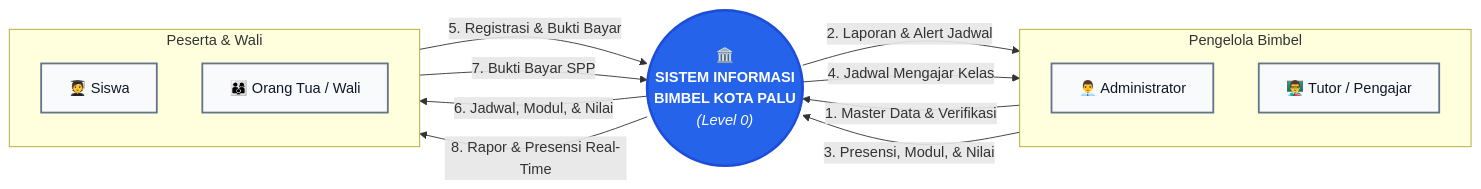
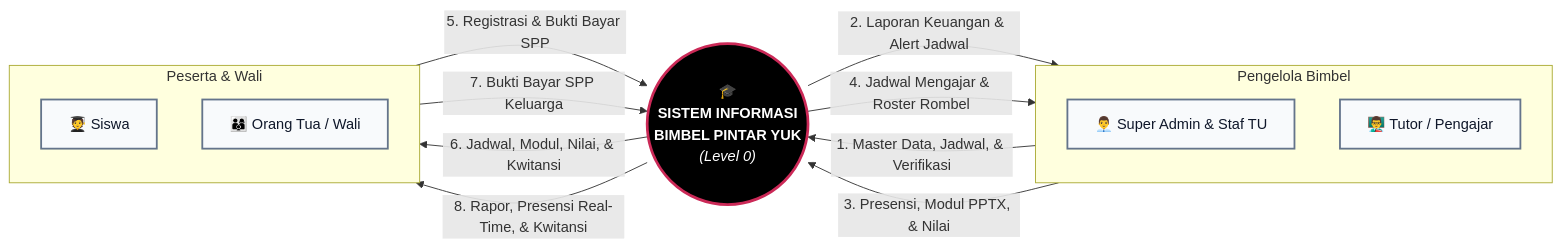
Before and after one commit to mohyusfi/bimbel-rpl: the first of 4 diagrams in PRD.md, drawn with Mermaid. The commit also changed other lines of this file and 4 other files, not shown here.

First line of the commit message:
docs(prd): sinkronisasi baseline v2.0 dan rebranding pintar yuk

````diff
--- a/PRD.md
+++ b/PRD.md
@@ -148,38 +187,38 @@
 ```mermaid
 flowchart LR
     %% Pengelola Bimbel di Kiri
     subgraph Pihak_Internal["Pengelola Bimbel"]
         direction TB
-        ADMIN["👨‍💼 Administrator"]
+        ADMIN["👨‍💼 Super Admin & Staf TU"]
         TUTOR["👨‍🏫 Tutor / Pengajar"]
     end
 
     %% Sistem di Tengah
-    SYSTEM(("🏛️<br/><b>SISTEM INFORMASI<br/>BIMBEL KOTA PALU</b><br/><i>(Level 0)</i>"))
+    SYSTEM(("🎓<br/><b>SISTEM INFORMASI<br/>BIMBEL PINTAR YUK</b><br/><i>(Level 0)</i>"))
 
     %% Pengguna di Kanan
     subgraph Pihak_Eksternal["Peserta & Wali"]
         direction TB
         STUDENT["🧑‍🎓 Siswa"]
         PARENT["👨‍👩‍👦 Orang Tua / Wali"]
     end
 
-    %% Aliran
-    ADMIN -->|"1. Master Data & Verifikasi"| SYSTEM
-    SYSTEM -->|"2. Laporan & Alert Jadwal"| ADMIN
+    %% Aliran Data
+    ADMIN -->|"1. Master Data, Jadwal, & Verifikasi"| SYSTEM
+    SYSTEM -->|"2. Laporan Keuangan & Alert Jadwal"| ADMIN
 
-    TUTOR -->|"3. Presensi, Modul, & Nilai"| SYSTEM
-    SYSTEM -->|"4. Jadwal Mengajar Kelas"| TUTOR
+    TUTOR -->|"3. Presensi, Modul PPTX, & Nilai"| SYSTEM
+    SYSTEM -->|"4. Jadwal Mengajar & Roster Rombel"| TUTOR
 
-    STUDENT -->|"5. Registrasi & Bukti Bayar"| SYSTEM
-    SYSTEM -->|"6. Jadwal, Modul, & Nilai"| STUDENT
+    STUDENT -->|"5. Registrasi & Bukti Bayar SPP"| SYSTEM
+    SYSTEM -->|"6. Jadwal, Modul, Nilai, & Kwitansi"| STUDENT
 
-    PARENT -->|"7. Bukti Bayar SPP"| SYSTEM
-    SYSTEM -->|"8. Rapor & Presensi Real-Time"| PARENT
+    PARENT -->|"7. Bukti Bayar SPP Keluarga"| SYSTEM
+    SYSTEM -->|"8. Rapor, Presensi Real-Time, & Kwitansi"| PARENT
 
-    style SYSTEM fill:#2563eb,stroke:#1d4ed8,stroke-width:3px,color:#ffffff
+    style SYSTEM fill:#000000,stroke:#CB2957,stroke-width:3px,color:#ffffff
     style ADMIN fill:#f8fafc,stroke:#64748b,stroke-width:2px,color:#0f172a
     style TUTOR fill:#f8fafc,stroke:#64748b,stroke-width:2px,color:#0f172a
     style STUDENT fill:#f8fafc,stroke:#64748b,stroke-width:2px,color:#0f172a
     style PARENT fill:#f8fafc,stroke:#64748b,stroke-width:2px,color:#0f172a
 ```
````
